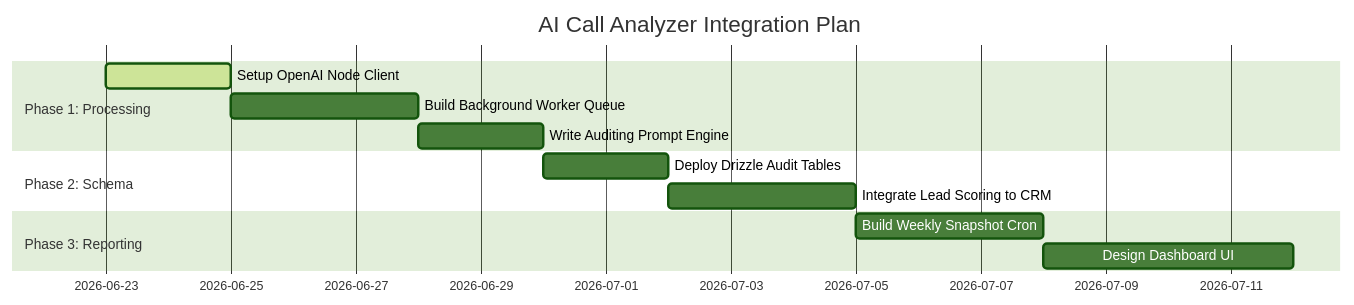
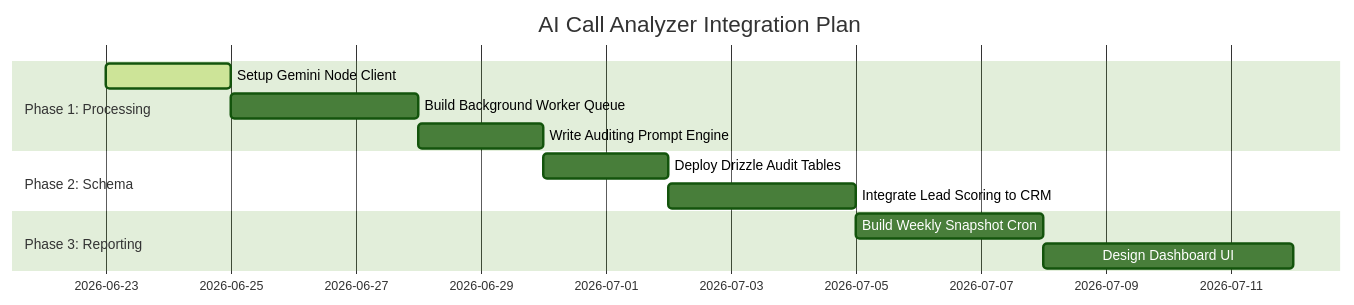
Before and after one commit to Skillyards-Versatility/Skillyards: the second of 2 diagrams in docs/AI_CALL_ANALYZER_POSSIBILITIES.md, drawn with Mermaid (forest theme). The commit also changed other lines of this file, not shown here.

Commit message:
refactor: replace OpenAI Whisper and GPT-4o with Gemini 1.5 Flash for unified audio-to-text and sales analytics processing

````diff
--- a/docs/AI_CALL_ANALYZER_POSSIBILITIES.md
+++ b/docs/AI_CALL_ANALYZER_POSSIBILITIES.md
@@ -228,15 +228,15 @@
 ```mermaid
 gantt
     title AI Call Analyzer Integration Plan
     dateFormat  YYYY-MM-DD
     section Phase 1: Processing
-    Setup OpenAI Node Client            :active, p1, 2026-06-23, 2d
+    Setup Gemini Node Client            :active, p1, 2026-06-23, 2d
     Build Background Worker Queue       :p2, after p1, 3d
     Write Auditing Prompt Engine        :p3, after p2, 2d
     section Phase 2: Schema
     Deploy Drizzle Audit Tables         :p4, 2026-06-30, 2d
     Integrate Lead Scoring to CRM       :p5, after p4, 3d
     section Phase 3: Reporting
     Build Weekly Snapshot Cron          :p6, 2026-07-05, 3d
     Design Dashboard UI                 :p7, after p6, 4d
 ```
````
